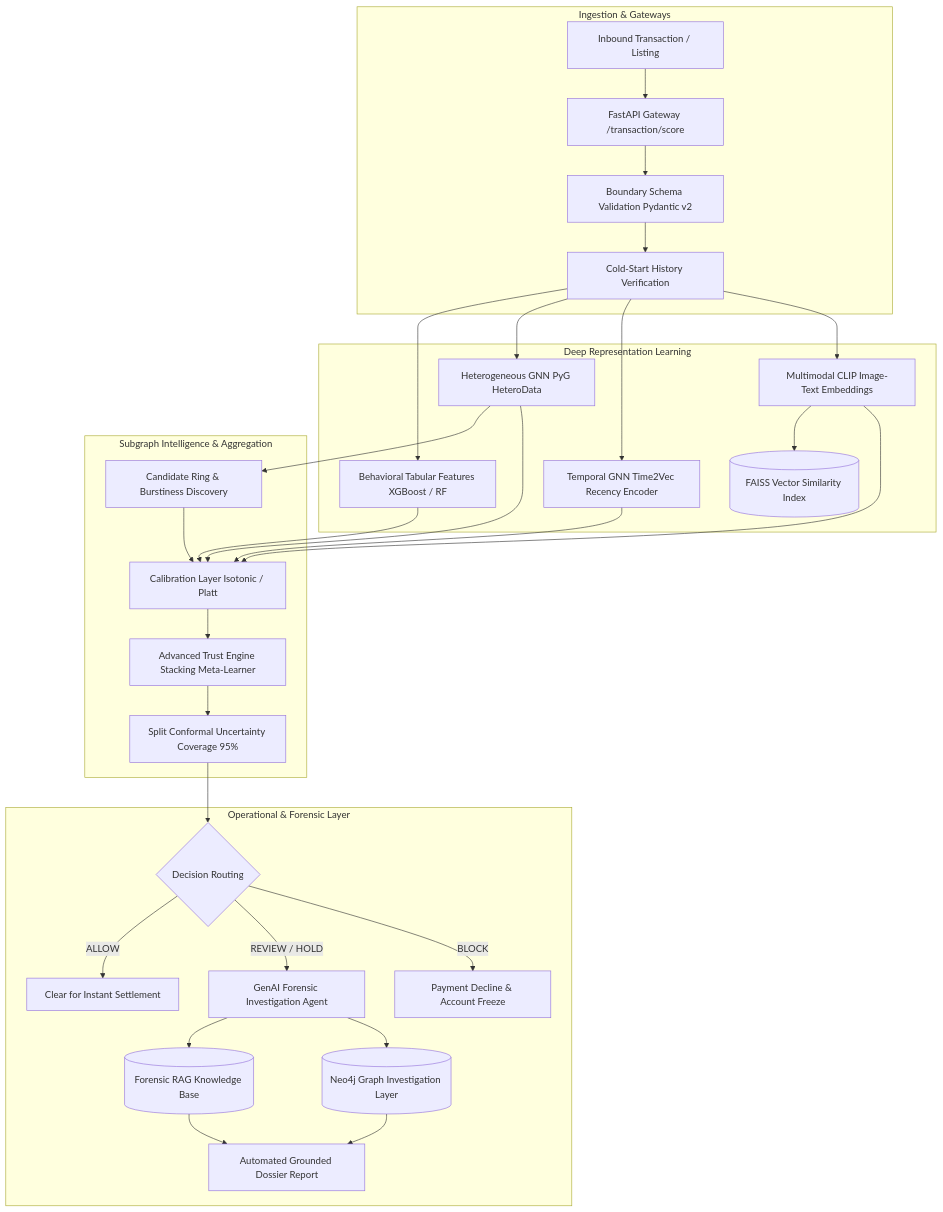
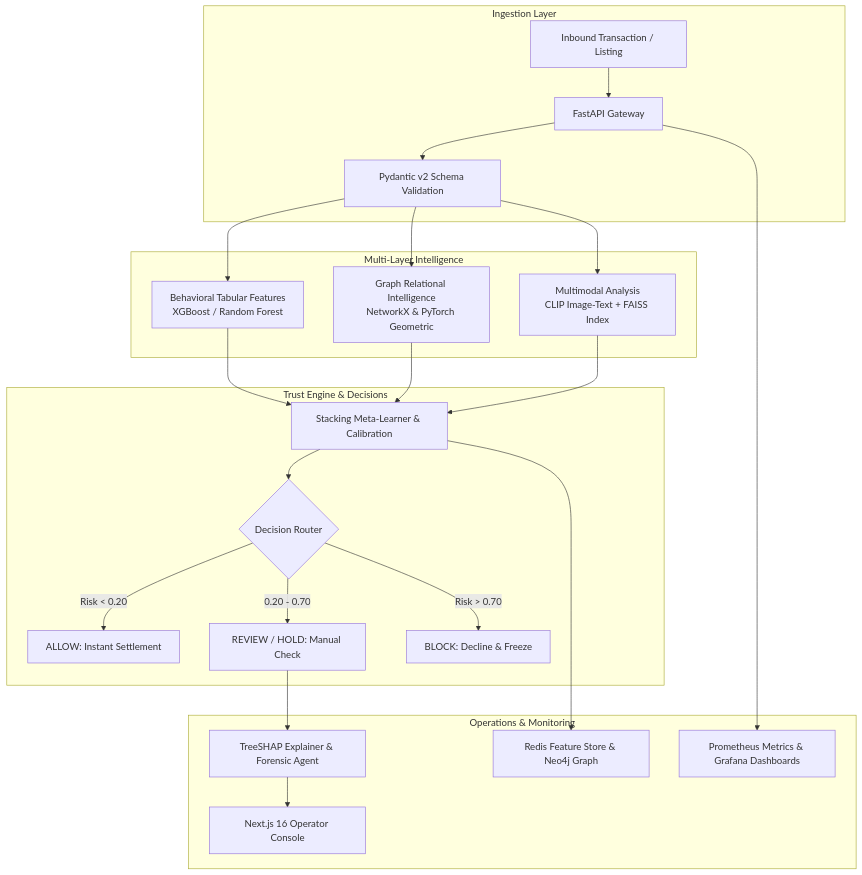
One commit to Rajiv107ai/Trustshield changed the diagram in README.md. Above: the diagram before and after it, drawn with Mermaid. The commit also changed other lines of this file and 42 other files, not shown here.

````diff
--- a/README.md
+++ b/README.md
@@ -22,33 +35,28 @@
 ```mermaid
 graph TD
-    subgraph Ingestion & Gateways
-        A[Inbound Transaction / Listing] --> B[FastAPI Gateway /transaction/score]
-        B --> C[Boundary Schema Validation Pydantic v2]
-        C --> D[Cold-Start History Verification]
+    subgraph Ingestion Layer
+        A[Inbound Transaction / Listing] --> B[FastAPI Gateway]
+        B --> C[Pydantic v2 Schema Validation]
     end
 
-    subgraph Deep Representation Learning
-        D --> E[Behavioral Tabular Features XGBoost / RF]
-        D --> F[Heterogeneous GNN PyG HeteroData]
-        D --> G[Temporal GNN Time2Vec Recency Encoder]
-        D --> H[Multimodal CLIP Image-Text Embeddings]
-        H --> I[(FAISS Vector Similarity Index)]
+    subgraph Multi-Layer Intelligence
+        C --> D[Behavioral Tabular Features<br/>XGBoost / Random Forest]
+        C --> E[Graph Relational Intelligence<br/>NetworkX & PyTorch Geometric]
+        C --> F[Multimodal Analysis<br/>CLIP Image-Text + FAISS Index]
     end
 
-    subgraph Subgraph Intelligence & Aggregation
-        F --> J[Candidate Ring & Burstiness Discovery]
-        E & F & G & H & J --> K[Calibration Layer Isotonic / Platt]
-        K --> L[Advanced Trust Engine Stacking Meta-Learner]
-        L --> M[Split Conformal Uncertainty Coverage 95%]
+    subgraph Trust Engine & Decisions
+        D & E & F --> G[Stacking Meta-Learner & Calibration]
+        G --> H{Decision Router}
+        H -->|Risk < 0.20| I[ALLOW: Instant Settlement]
+        H -->|0.20 - 0.70| J[REVIEW / HOLD: Manual Check]
+        H -->|Risk > 0.70| K[BLOCK: Decline & Freeze]
     end
 
-    subgraph Operational & Forensic Layer
-        M --> N{Decision Routing}
-        N -->|ALLOW| O[Clear for Instant Settlement]
-        N -->|REVIEW / HOLD| P[GenAI Forensic Investigation Agent]
-        N -->|BLOCK| Q[Payment Decline & Account Freeze]
-        P --> R[(Forensic RAG Knowledge Base)]
-        P --> S[(Neo4j Graph Investigation Layer)]
-        R & S --> T[Automated Grounded Dossier Report]
+    subgraph Operations & Monitoring
+        J --> L[TreeSHAP Explainer & Forensic Agent]
+        L --> M[Next.js 16 Operator Console]
+        G --> N[Redis Feature Store & Neo4j Graph]
+        B --> O[Prometheus Metrics & Grafana Dashboards]
     end
 ```
````
